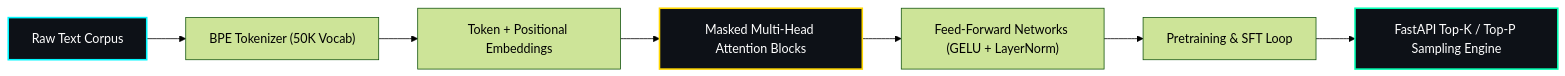
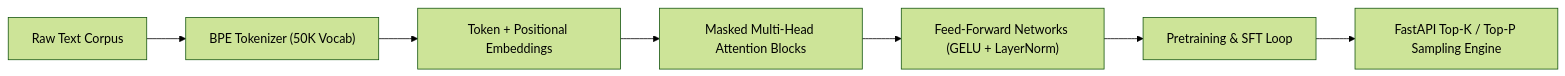
One commit to AnmolRajpoot25/AnmolRajpoot25 changed the third of 7 diagrams in README.md. Above: the diagram before and after it, drawn with Mermaid (forest theme). The commit also changed other lines of this file, not shown here.

````diff
--- a/README.md
+++ b/README.md
@@ -135,13 +123,9 @@
 ```mermaid
 flowchart LR
     A["Raw Text Corpus"] --> B["BPE Tokenizer (50K Vocab)"]
     B --> C["Token + Positional Embeddings"]
     C --> D["Masked Multi-Head Attention Blocks"]
     D --> E["Feed-Forward Networks (GELU + LayerNorm)"]
     E --> F["Pretraining & SFT Loop"]
     F --> G["FastAPI Top-K / Top-P Sampling Engine"]
-
-    style A fill:#0d1117,stroke:#00F7FF,stroke-width:2px,color:#fff
-    style D fill:#0d1117,stroke:#FFD700,stroke-width:2px,color:#fff
-    style G fill:#0d1117,stroke:#00FFB3,stroke-width:2px,color:#fff
 ```
````
